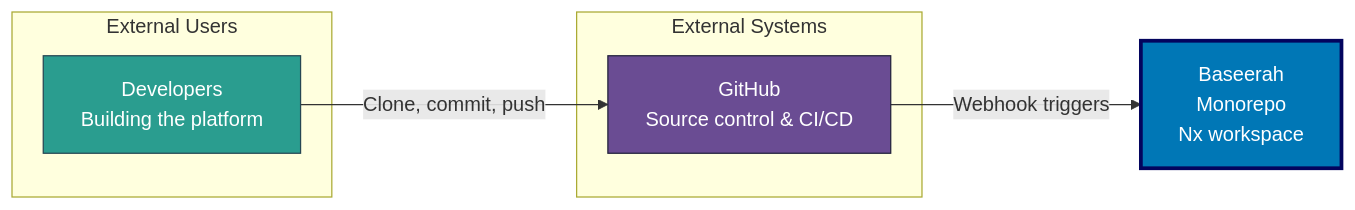
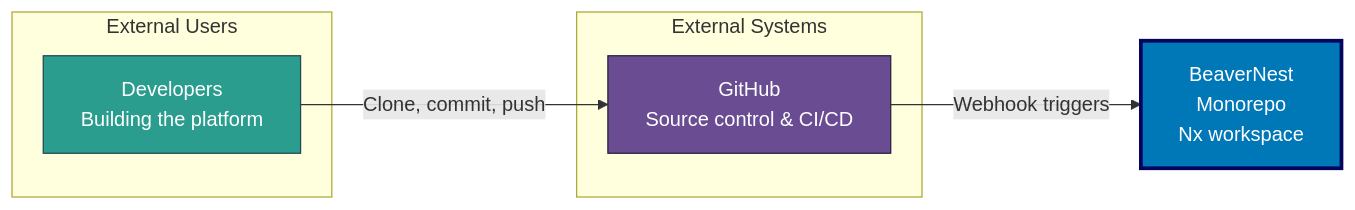
The first of 2 diagrams in docs/reference/system-architecture/README.md (wahidyankf/baseerah), drawn with Mermaid before and after one commit. The commit also changed other lines of this file and 20 other files, not shown here.

````diff
--- a/docs/reference/system-architecture/README.md
+++ b/docs/reference/system-architecture/README.md
@@ -49,19 +49,19 @@
 ```mermaid
 graph LR
     subgraph "External Users"
         DEVS[Developers<br/>Building the platform]
     end
 
     subgraph "External Systems"
         GITHUB[GitHub<br/>Source control & CI/CD]
     end
 
-    BASEERAH[Baseerah<br/>Monorepo<br/>Nx workspace]
+    BASEERAH[BeaverNest<br/>Monorepo<br/>Nx workspace]
 
     DEVS -->|Clone, commit, push| GITHUB
     GITHUB -->|Webhook triggers| BASEERAH
 
     style BASEERAH fill:#0077b6,stroke:#03045e,color:#ffffff,stroke-width:3px
     style DEVS fill:#2a9d8f,stroke:#264653,color:#ffffff
     style GITHUB fill:#6a4c93,stroke:#22223b,color:#ffffff
 ```
````
